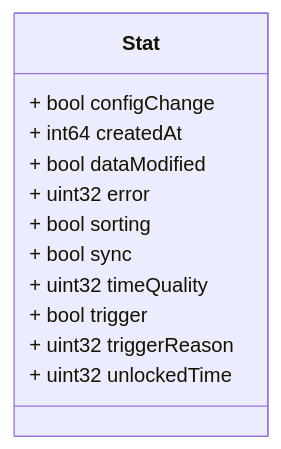
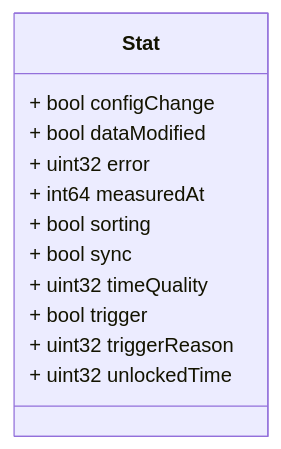
The diagram in docs/stat.proto.md (zaphiro-technologies/protobuf), drawn with Mermaid before and after one commit. The commit also changed other lines of this file and 6 other files, not shown here.

````diff
--- a/docs/stat.proto.md
+++ b/docs/stat.proto.md
@@ -26,25 +26,25 @@
 ```mermaid
 classDiagram
 direction LR
 
-%% A Stat of PMU data, check c37.118 ieee standard for more details.
+%% A Stat of PMU data, check IEEE C37.118 standard for more details.
 %% Headers used in rabbitMQ:
 %% * `id` (string): id of the `Stat` message.
 %% * `producerId` (string): the id of the PMU linked to the Stat.
 %% * `timestampId` (int64): related measurement Unix msec timestamp (if any)
 %% 
 
 class Stat {
   + bool configChange
-  + int64 createdAt
   + bool dataModified
   + uint32 error
+  + int64 measuredAt
   + bool sorting
   + bool sync
   + uint32 timeQuality
   + bool trigger
   + uint32 triggerReason
   + uint32 unlockedTime
 }
 
 ```
````
